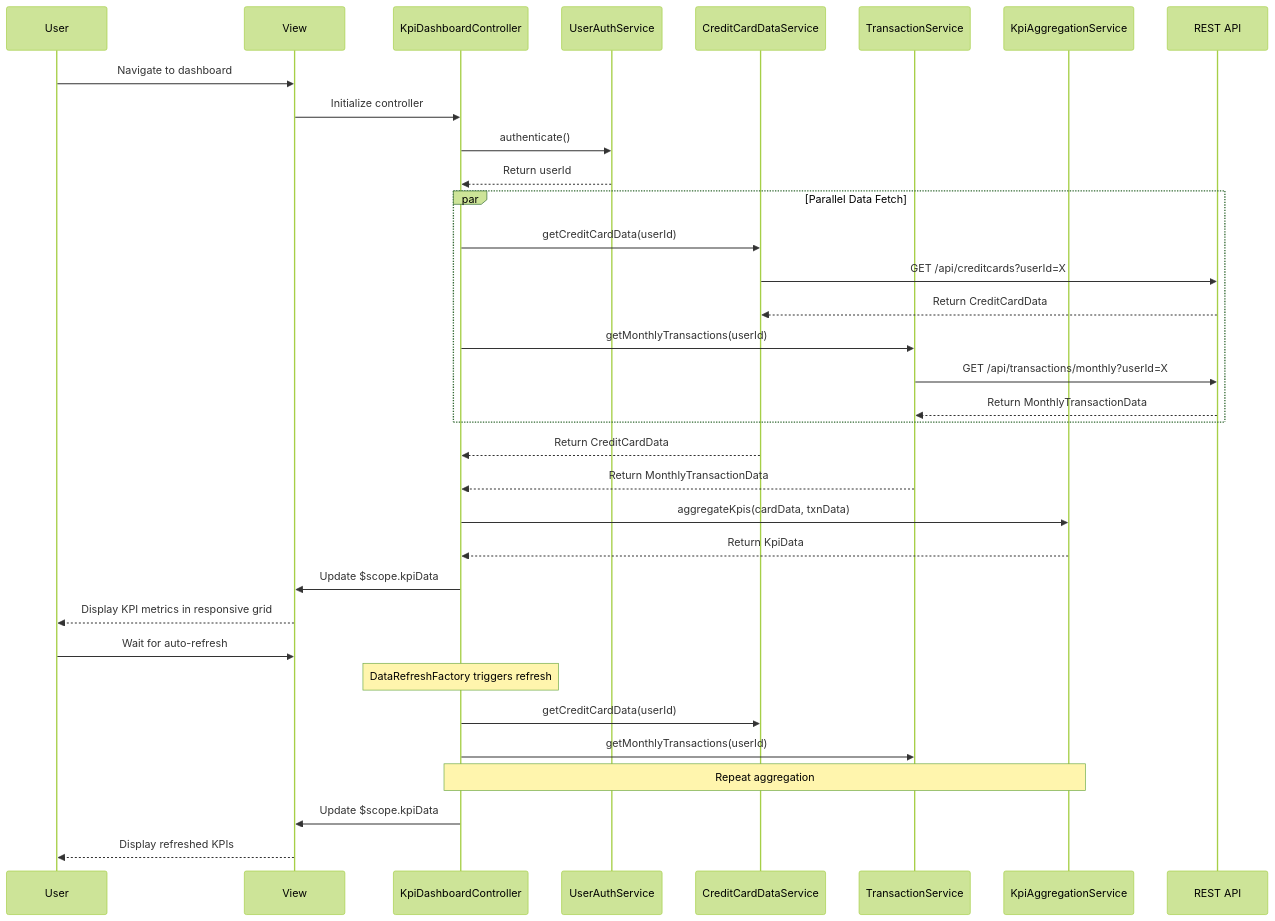
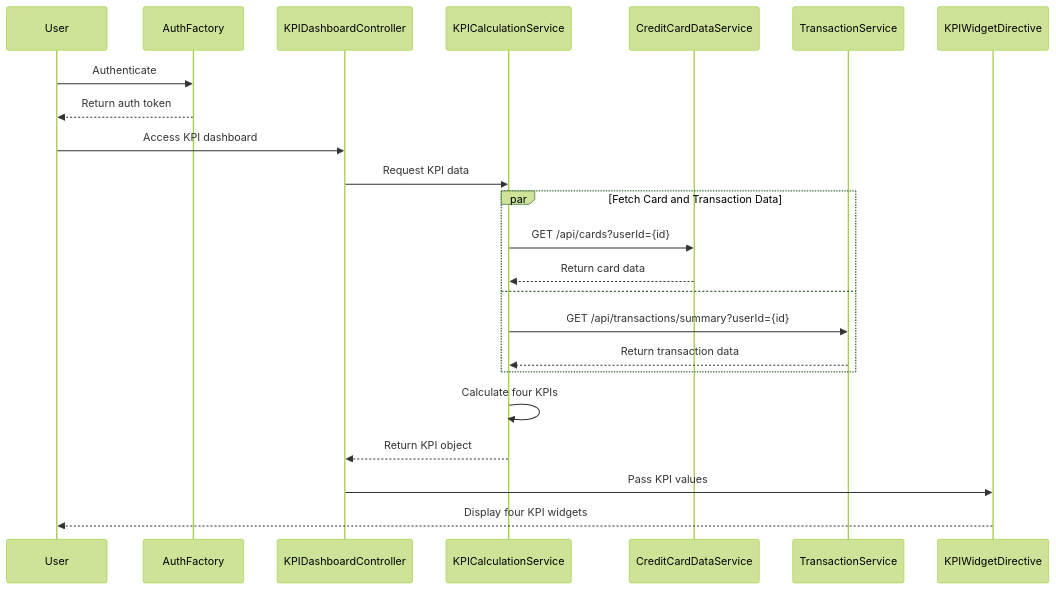
One commit to AAVA-Demo/APB_Demo changed the diagram in LLD/QE-7714_LLD.md. Above: the diagram before and after it, drawn with Mermaid (forest theme). The commit also changed other lines of this file and 5 other files, not shown here.

````diff
--- a/LLD/QE-7714_LLD.md
+++ b/LLD/QE-7714_LLD.md
@@ -96,37 +96,26 @@
 ```mermaid
 sequenceDiagram
     participant User
-    participant View
-    participant Controller as KpiDashboardController
-    participant AuthService as UserAuthService
-    participant CardService as CreditCardDataService
-    participant TxnService as TransactionService
-    participant AggService as KpiAggregationService
-    participant API as REST API
-
-    User->>View: Navigate to dashboard
-    View->>Controller: Initialize controller
-    Controller->>AuthService: authenticate()
-    AuthService-->>Controller: Return userId
-    par Parallel Data Fetch
-        Controller->>CardService: getCreditCardData(userId)
-        CardService->>API: GET /api/creditcards?userId=X
-        API-->>CardService: Return CreditCardData
-        Controller->>TxnService: getMonthlyTransactions(userId)
-        TxnService->>API: GET /api/transactions/monthly?userId=X
-        API-->>TxnService: Return MonthlyTransactionData
+    participant AuthFactory
+    participant KPIDashboardController
+    participant KPICalculationService
+    participant CreditCardDataService
+    participant TransactionService
+    participant KPIWidgetDirective
+    
+    User->>AuthFactory: Authenticate
+    AuthFactory-->>User: Return auth token
+    User->>KPIDashboardController: Access KPI dashboard
+    KPIDashboardController->>KPICalculationService: Request KPI data
+    par Fetch Card and Transaction Data
+        KPICalculationService->>CreditCardDataService: GET /api/cards?userId={id}
+        CreditCardDataService-->>KPICalculationService: Return card data
+    and
+        KPICalculationService->>TransactionService: GET /api/transactions/summary?userId={id}
+        TransactionService-->>KPICalculationService: Return transaction data
     end
-    CardService-->>Controller: Return CreditCardData
-    TxnService-->>Controller: Return MonthlyTransactionData
-    Controller->>AggService: aggregateKpis(cardData, txnData)
-    AggService-->>Controller: Return KpiData
-    Controller->>View: Update $scope.kpiData
-    View-->>User: Display KPI metrics in responsive grid
-    User->>View: Wait for auto-refresh
-    Note over Controller: DataRefreshFactory triggers refresh
-    Controller->>CardService: getCreditCardData(userId)
-    Controller->>TxnService: getMonthlyTransactions(userId)
-    Note over Controller,AggService: Repeat aggregation
-    Controller->>View: Update $scope.kpiData
-    View-->>User: Display refreshed KPIs
+    KPICalculationService->>KPICalculationService: Calculate four KPIs
+    KPICalculationService-->>KPIDashboardController: Return KPI object
+    KPIDashboardController->>KPIWidgetDirective: Pass KPI values
+    KPIWidgetDirective-->>User: Display four KPI widgets
 ```
````
